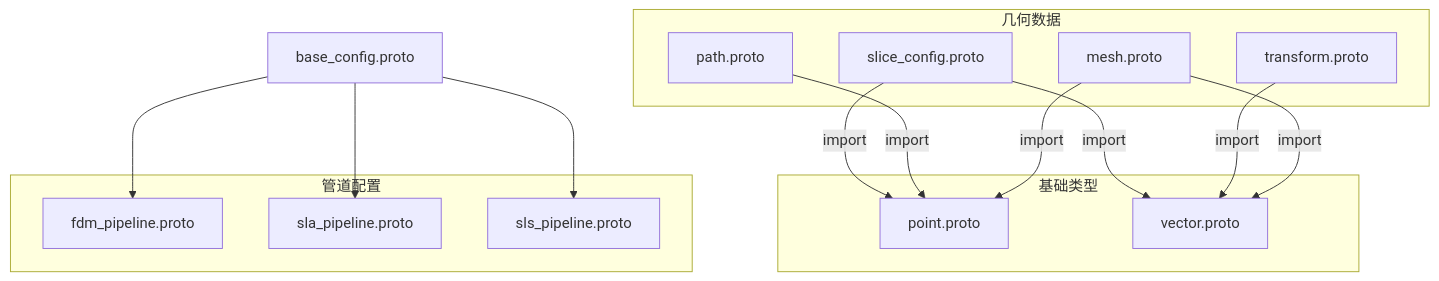
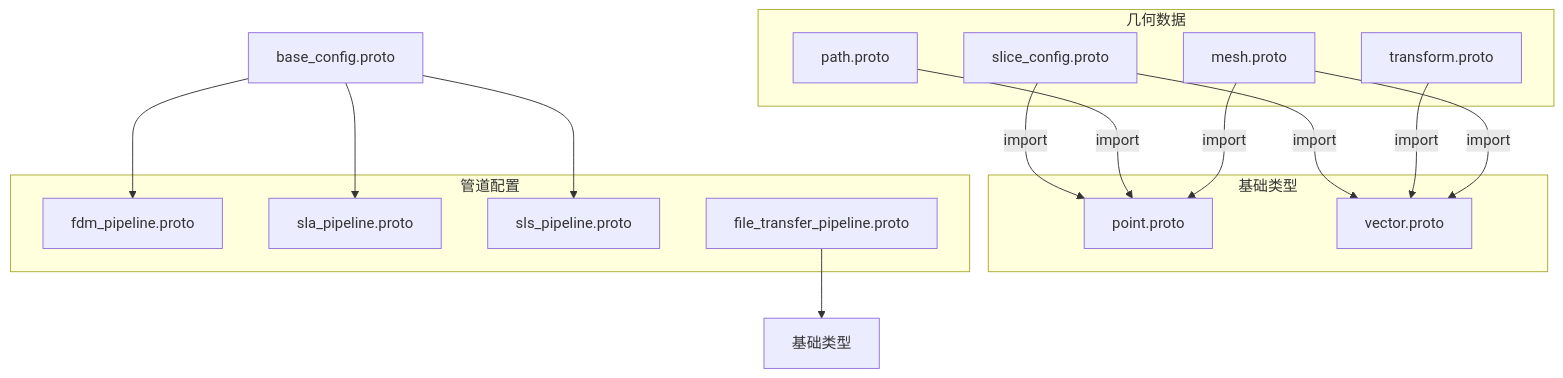
Before and after one commit to hsmbanlance/HsBaSlicer: the first of 10 diagrams in .qoder/repowiki/zh/content/扩展与集成/Protobuf数据交换/Protobuf数据交换.md, drawn with Mermaid. The commit also changed other lines of this file and 14 other files, not shown here.

````diff
--- a/.qoder/repowiki/zh/content/扩展与集成/Protobuf数据交换/Protobuf数据交换.md
+++ b/.qoder/repowiki/zh/content/扩展与集成/Protobuf数据交换/Protobuf数据交换.md
@@ -65,27 +67,29 @@
 ```mermaid
 graph TD
 A[slice_config.proto] --> |import| B[point.proto]
 A --> |import| C[vector.proto]
 D[path.proto] --> |import| B
 E[transform.proto] --> |import| C
 F[mesh.proto] --> |import| B
 F --> |import| C
 G[base_config.proto] --> H[fdm_pipeline.proto]
 G --> I[sla_pipeline.proto]
 G --> J[sls_pipeline.proto]
+K[file_transfer_pipeline.proto] --> L[基础类型]
 subgraph "基础类型"
 B
 C
 end
 subgraph "管道配置"
 H
 I
 J
+K
 end
 subgraph "几何数据"
 A
 D
 E
 F
 end
 ```
````
